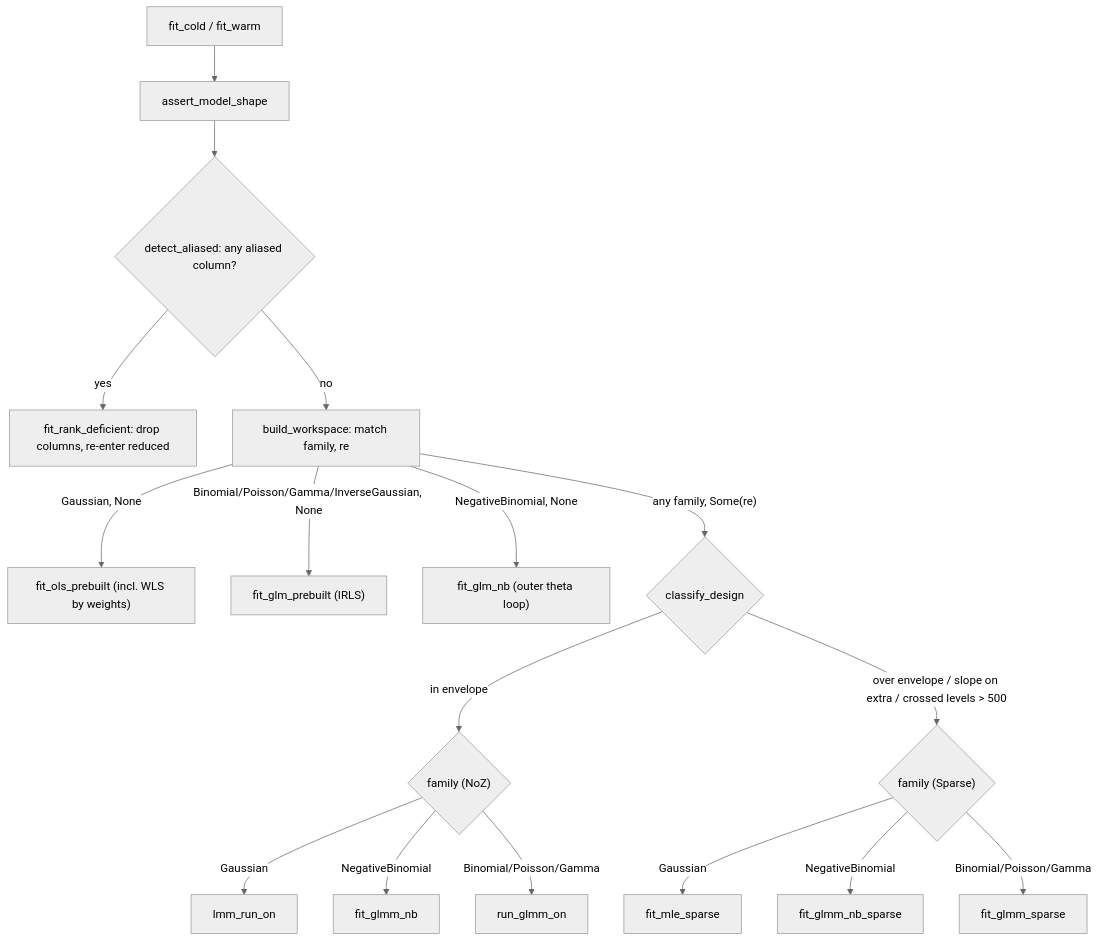
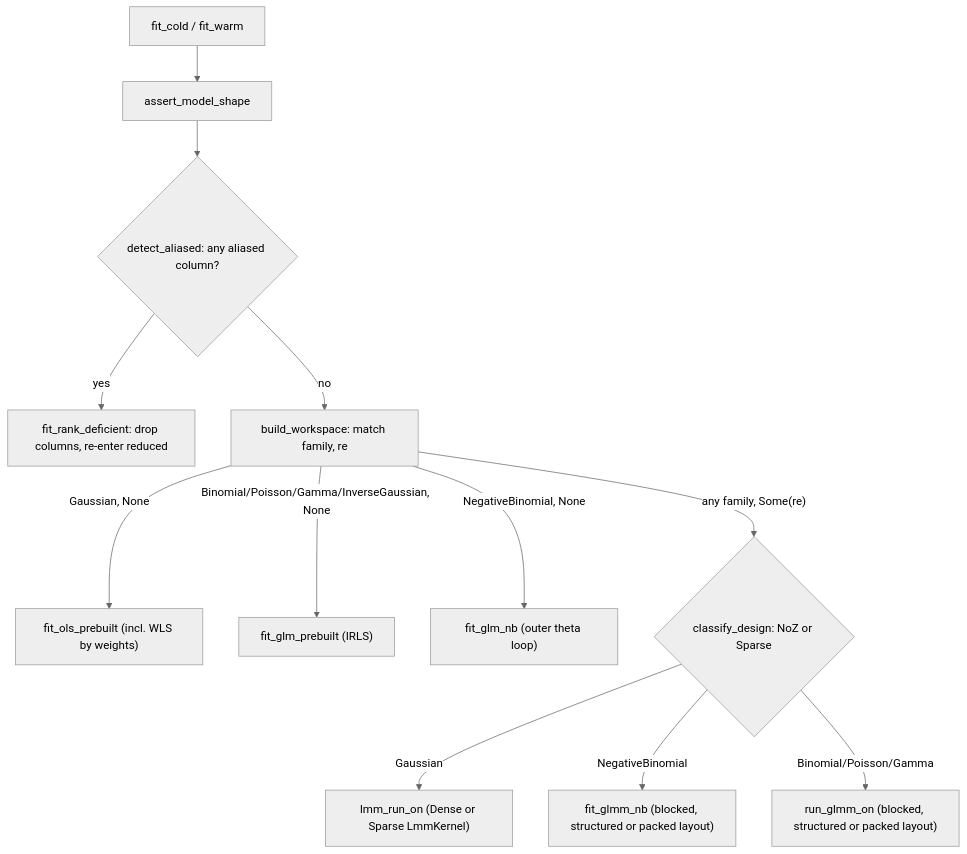
One commit to pawlenartowicz/glmm changed the diagram in documentation/algorithms.md. Above: the diagram before and after it, drawn with Mermaid (neutral theme). The commit also changed other lines of this file and 101 other files, not shown here.

Commit message:
release 0.4.0: cheap exact-Hessian SEs, one fit routine per model class, Laplace fixes, major simplification of some parts of code

````diff
--- a/documentation/algorithms.md
+++ b/documentation/algorithms.md
@@ -39,23 +39,16 @@
 ```mermaid
 flowchart TD
   E["fit_cold / fit_warm"] --> SH["assert_model_shape"]
   SH --> RD{"detect_aliased: any aliased column?"}
   RD -->|yes| RDF["fit_rank_deficient: drop columns, re-enter reduced"]
   RD -->|no| BW["build_workspace: match family, re"]
 
   BW -->|"Gaussian, None"| OLS["fit_ols_prebuilt (incl. WLS by weights)"]
   BW -->|"Binomial/Poisson/Gamma/InverseGaussian, None"| GLM["fit_glm_prebuilt (IRLS)"]
   BW -->|"NegativeBinomial, None"| GLMNB["fit_glm_nb (outer theta loop)"]
-  BW -->|"any family, Some(re)"| CD{"classify_design"}
+  BW -->|"any family, Some(re)"| CD{"classify_design: NoZ or Sparse"}
 
-  CD -->|"in envelope"| NZ{"family (NoZ)"}
-  CD -->|"over envelope / slope on extra / crossed levels > 500"| SP{"family (Sparse)"}
-
-  NZ -->|Gaussian| MLE["lmm_run_on"]
-  NZ -->|NegativeBinomial| GNB["fit_glmm_nb"]
-  NZ -->|"Binomial/Poisson/Gamma"| GMM["run_glmm_on"]
-
-  SP -->|Gaussian| MLES["fit_mle_sparse"]
-  SP -->|NegativeBinomial| GNBS["fit_glmm_nb_sparse"]
-  SP -->|"Binomial/Poisson/Gamma"| GMMS["fit_glmm_sparse"]
+  CD -->|Gaussian| MLE["lmm_run_on (Dense or Sparse LmmKernel)"]
+  CD -->|NegativeBinomial| GNB["fit_glmm_nb (blocked, structured or packed layout)"]
+  CD -->|"Binomial/Poisson/Gamma"| GMM["run_glmm_on (blocked, structured or packed layout)"]
 ```
````
